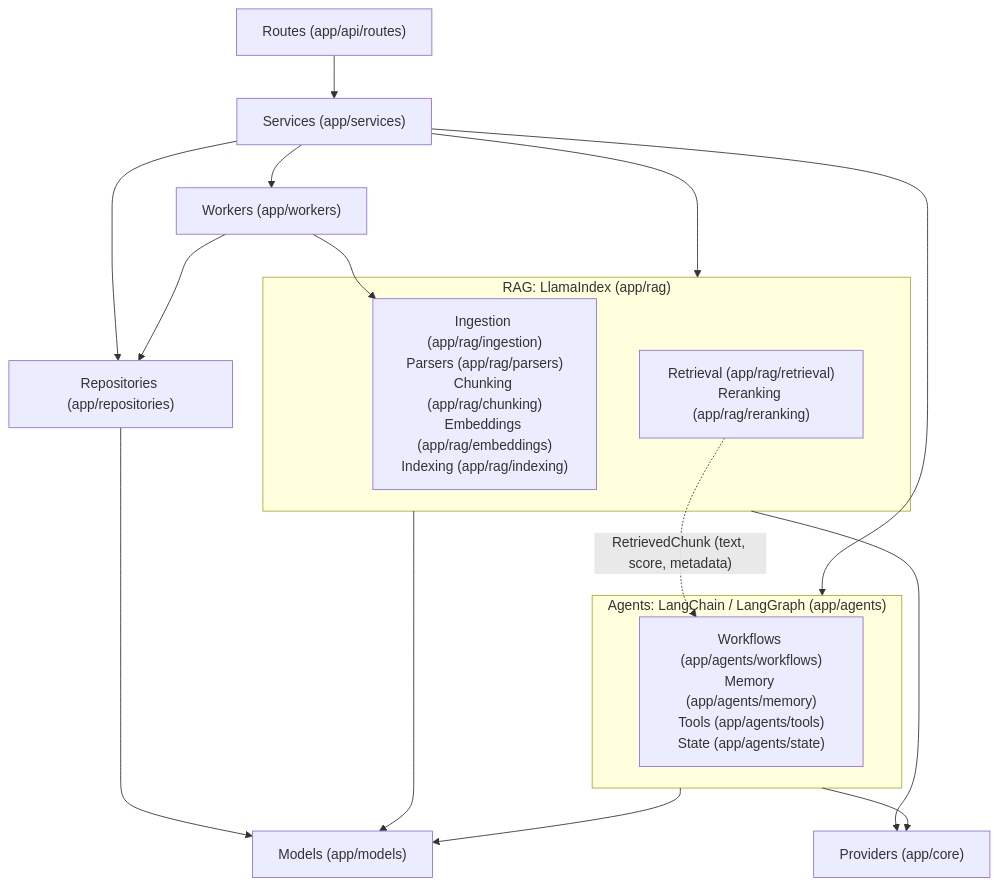
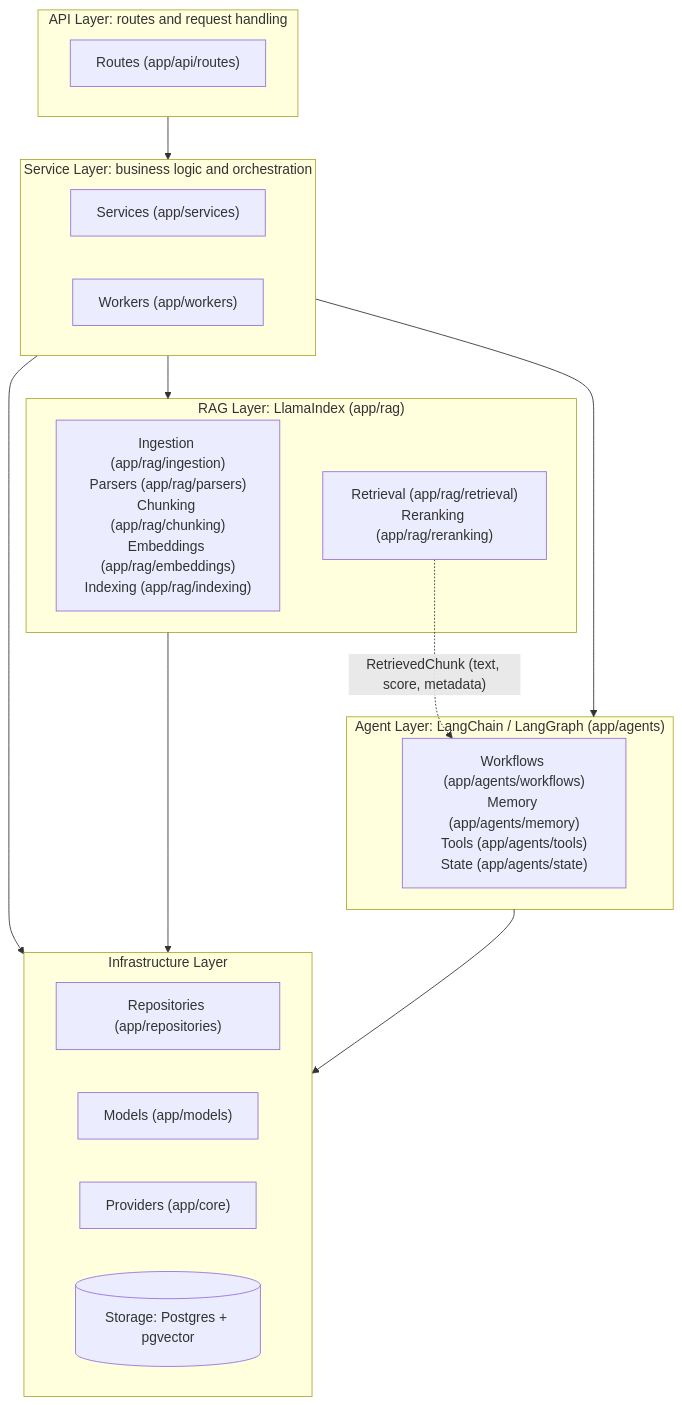
Before and after one commit to JosephSuyam/ragidy: the second of 4 diagrams in docs/architecture/diagrams.md, drawn with Mermaid. The commit also changed other lines of this file, not shown here.

Commit message:
docs(docs): draw module layering as stacked layers

````diff
--- a/docs/architecture/diagrams.md
+++ b/docs/architecture/diagrams.md
@@ -20,23 +20,30 @@
 ```mermaid
 flowchart TD
-  routes["Routes (app/api/routes)"] --> services["Services (app/services)"]
-  services --> RAG
-  services --> AGENTS
-  services --> repos["Repositories (app/repositories)"]
-  services --> workers["Workers (app/workers)"]
-  workers --> ingestion
-  workers --> repos
-  subgraph RAG["RAG: LlamaIndex (app/rag)"]
+  subgraph API["API Layer: routes and request handling"]
+    routes["Routes (app/api/routes)"]
+  end
+  subgraph SERVICE["Service Layer: business logic and orchestration"]
+    services["Services (app/services)"]
+    workers["Workers (app/workers)"]
+  end
+  subgraph RAG["RAG Layer: LlamaIndex (app/rag)"]
     ingestion["Ingestion (app/rag/ingestion)<br/>Parsers (app/rag/parsers)<br/>Chunking (app/rag/chunking)<br/>Embeddings (app/rag/embeddings)<br/>Indexing (app/rag/indexing)"]
     retrieval["Retrieval (app/rag/retrieval)<br/>Reranking (app/rag/reranking)"]
   end
-  subgraph AGENTS["Agents: LangChain / LangGraph (app/agents)"]
+  subgraph AGENTS["Agent Layer: LangChain / LangGraph (app/agents)"]
     agentmods["Workflows (app/agents/workflows)<br/>Memory (app/agents/memory)<br/>Tools (app/agents/tools)<br/>State (app/agents/state)"]
   end
+  subgraph INFRA["Infrastructure Layer"]
+    repos["Repositories (app/repositories)"]
+    models["Models (app/models)"]
+    providers["Providers (app/core)"]
+    storage[("Storage: Postgres + pgvector")]
+  end
+  API --> SERVICE
+  SERVICE --> RAG
+  SERVICE --> AGENTS
+  SERVICE --> INFRA
+  RAG --> INFRA
+  AGENTS --> INFRA
   retrieval -.->|"RetrievedChunk (text, score, metadata)"| agentmods
-  RAG --> providers["Providers (app/core)"]
-  AGENTS --> providers
-  RAG --> models["Models (app/models)"]
-  AGENTS --> models
-  repos --> models
 ```
````
